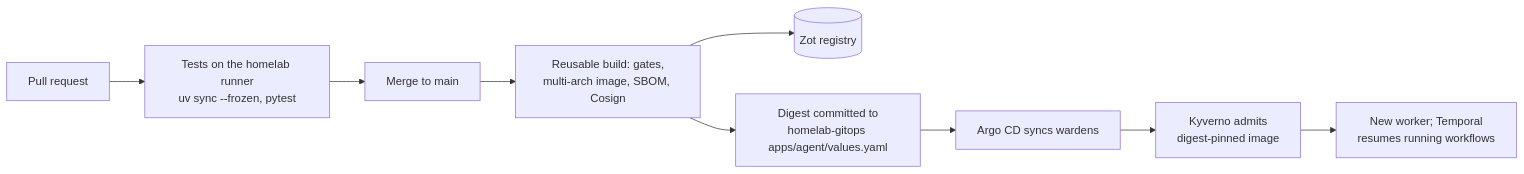
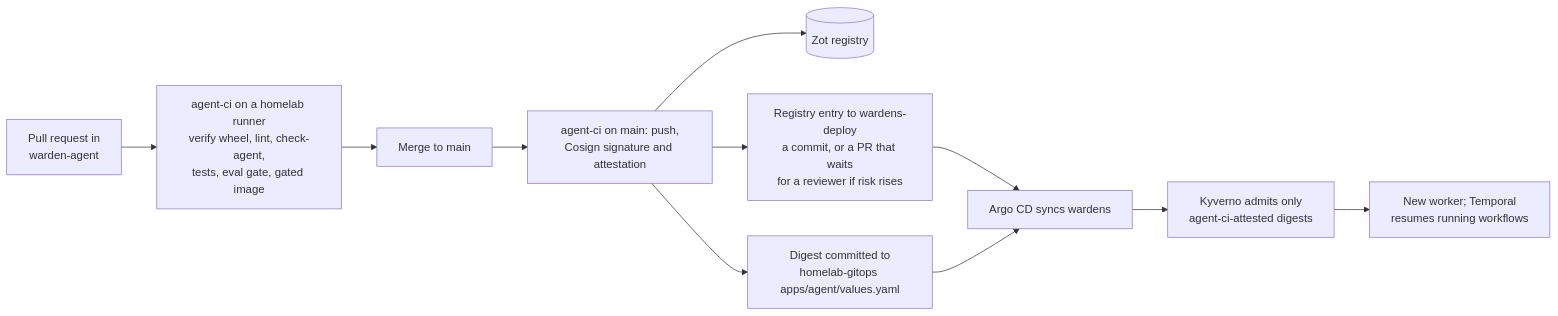
One commit to cloudutsukpilot/sakharams.github.io changed the first of 2 diagrams in _posts/projects/platform-wardens/2026-11-09-12-cicd-and-release-management.md. Above: the diagram before and after it, drawn with Mermaid. The commit also changed other lines of this file and 23 other files, not shown here.

First line of the commit message:
Platform Wardens playbook: repo per agent, level 2 approvals, releases, ADRs to 0049 (#153)

````diff
--- a/_posts/projects/platform-wardens/2026-11-09-12-cicd-and-release-management.md
+++ b/_posts/projects/platform-wardens/2026-11-09-12-cicd-and-release-management.md
@@ -34,11 +44,13 @@
 ```mermaid
 flowchart LR
-    PR[Pull request] --> T[Tests on the homelab runner<br/>uv sync --frozen, pytest]
+    PR[Pull request in<br/>warden-agent] --> T[agent-ci on a homelab runner<br/>verify wheel, lint, check-agent,<br/>tests, eval gate, gated image]
     T --> M[Merge to main]
-    M --> B[Reusable build: gates,<br/>multi-arch image, SBOM, Cosign]
+    M --> B[agent-ci on main: push,<br/>Cosign signature and attestation]
     B --> Z[(Zot registry)]
+    B --> R[Registry entry to wardens-deploy<br/>a commit, or a PR that waits<br/>for a reviewer if risk rises]
     B --> G[Digest committed to<br/>homelab-gitops apps/agent/values.yaml]
-    G --> A[Argo CD syncs wardens]
-    A --> K[Kyverno admits<br/>digest-pinned image]
+    R --> A[Argo CD syncs wardens]
+    G --> A
+    A --> K[Kyverno admits only<br/>agent-ci-attested digests]
     K --> W[New worker; Temporal<br/>resumes running workflows]
 ```
````
